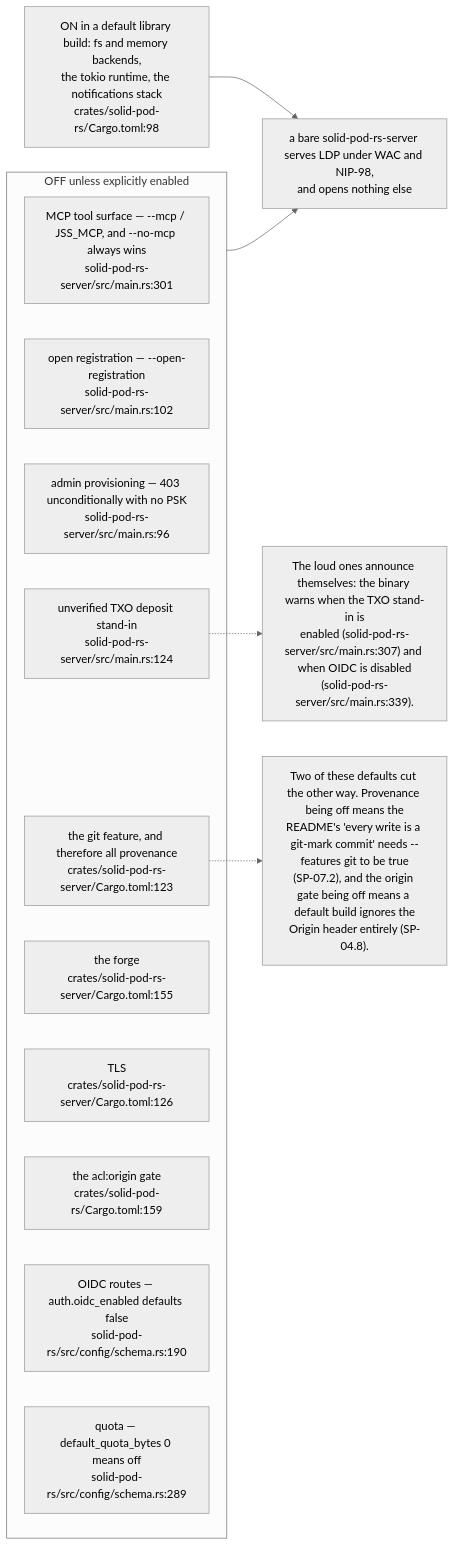
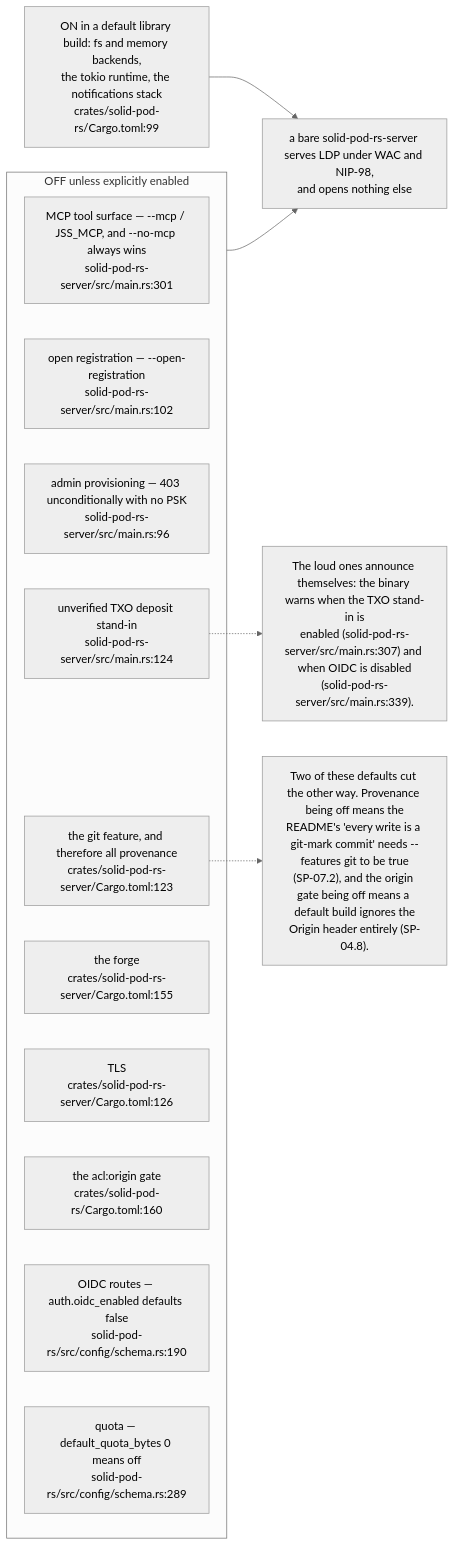
One commit to DreamLab-AI/VisionFlow changed the fifth of 12 diagrams in docs/diagrams/solid-pod-rs/10-failure-modes-and-invariants.md. Above: the diagram before and after it, drawn with Mermaid (neutral theme). The commit also changed other lines of this file and 94 other files, not shown here.

First line of the commit message:
docs(diagrams): re-verify 130 topics against 2 October HEADs

````diff
--- a/docs/diagrams/solid-pod-rs/10-failure-modes-and-invariants.md
+++ b/docs/diagrams/solid-pod-rs/10-failure-modes-and-invariants.md
@@ -145,24 +145,24 @@
 ```mermaid
 flowchart LR
     subgraph OFF["OFF unless explicitly enabled"]
         MCP["MCP tool surface — --mcp / JSS_MCP, and --no-mcp always wins<br/>solid-pod-rs-server/src/main.rs:301"]
         REG["open registration — --open-registration<br/>solid-pod-rs-server/src/main.rs:102"]
         ADM["admin provisioning — 403 unconditionally with no PSK<br/>solid-pod-rs-server/src/main.rs:96"]
         TXO["unverified TXO deposit stand-in<br/>solid-pod-rs-server/src/main.rs:124"]
         GIT["the git feature, and therefore all provenance<br/>crates/solid-pod-rs-server/Cargo.toml:123"]
         FORGE["the forge<br/>crates/solid-pod-rs-server/Cargo.toml:155"]
         TLS["TLS<br/>crates/solid-pod-rs-server/Cargo.toml:126"]
-        ORG["the acl:origin gate<br/>crates/solid-pod-rs/Cargo.toml:159"]
+        ORG["the acl:origin gate<br/>crates/solid-pod-rs/Cargo.toml:160"]
         OIDC["OIDC routes — auth.oidc_enabled defaults false<br/>solid-pod-rs/src/config/schema.rs:190"]
         QUOTA["quota — default_quota_bytes 0 means off<br/>solid-pod-rs/src/config/schema.rs:289"]
     end
-    ON["ON in a default library build: fs and memory backends,<br/>the tokio runtime, the notifications stack<br/>crates/solid-pod-rs/Cargo.toml:98"]
+    ON["ON in a default library build: fs and memory backends,<br/>the tokio runtime, the notifications stack<br/>crates/solid-pod-rs/Cargo.toml:99"]
 
     OFF --> POSTURE["a bare solid-pod-rs-server serves LDP under WAC and NIP-98,<br/>and opens nothing else"]
     ON --> POSTURE
 
     N["Two of these defaults cut the other way. Provenance being off means the<br/>README's 'every write is a git-mark commit' needs --features git to be true<br/>(SP-07.2), and the origin gate being off means a default build ignores the<br/>Origin header entirely (SP-04.8)."]
     GIT -.-> N
     N2["The loud ones announce themselves: the binary warns when the TXO stand-in is<br/>enabled (solid-pod-rs-server/src/main.rs:307) and when OIDC is disabled<br/>(solid-pod-rs-server/src/main.rs:339)."]
     TXO -.-> N2
 ```
````
